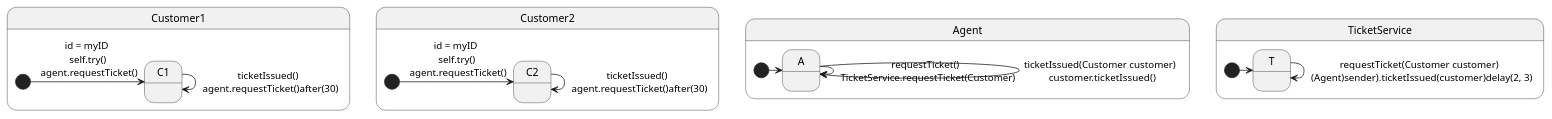
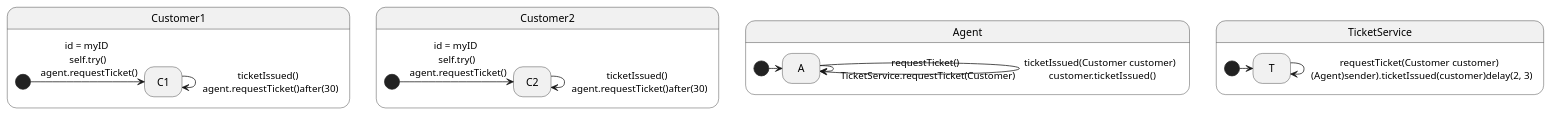
The diagram in ModelTranslations/TicketService/TicketService.plantuml (gnowin/UML-To-Rebecca-Dataset), drawn with PlantUML before and after one commit.

Commit message:
Removed description

```diff
--- a/ModelTranslations/TicketService/TicketService.plantuml
+++ b/ModelTranslations/TicketService/TicketService.plantuml
@@ -1,32 +1,30 @@
 @startuml
 hide empty description
 
 state Customer1{
-state C1 : 
-
+state C1
 
 [*] -> C1 : id = myID \n self.try() \n agent.requestTicket()
 C1 -> C1 : ticketIssued() \n agent.requestTicket()after(30)
 }
 
 state Customer2{
-state C2 : 
-
+state C2 
 
 [*] -> C2 : id = myID \n self.try() \n agent.requestTicket()
 C2 -> C2 : ticketIssued() \n agent.requestTicket()after(30)
 }
 
 state Agent{
-state A :
+state A
 [*] -> A
 A -> A : requestTicket() \n TicketService.requestTicket(Customer)
 A -> A : ticketIssued(Customer customer) \n customer.ticketIssued()
 }
 
 state TicketService{
-state T :
+state T
 [*] -> T
 T -> T : requestTicket(Customer customer) \n (Agent)sender).ticketIssued(customer)delay(2, 3)
 }
 @enduml
```
